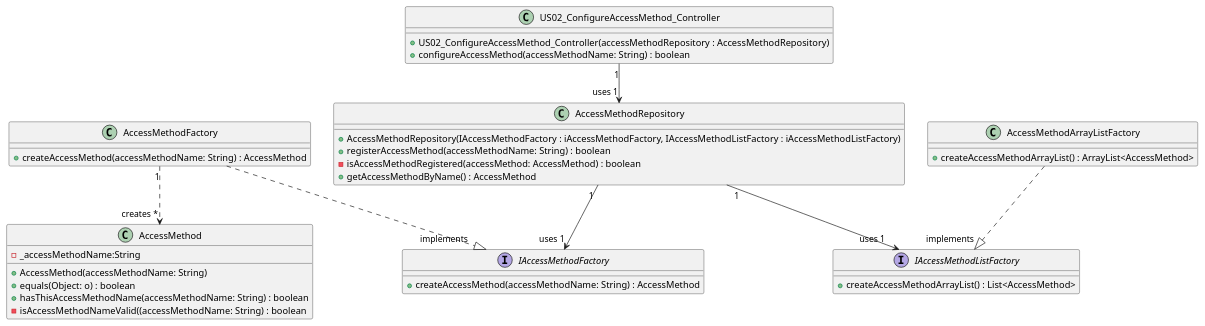
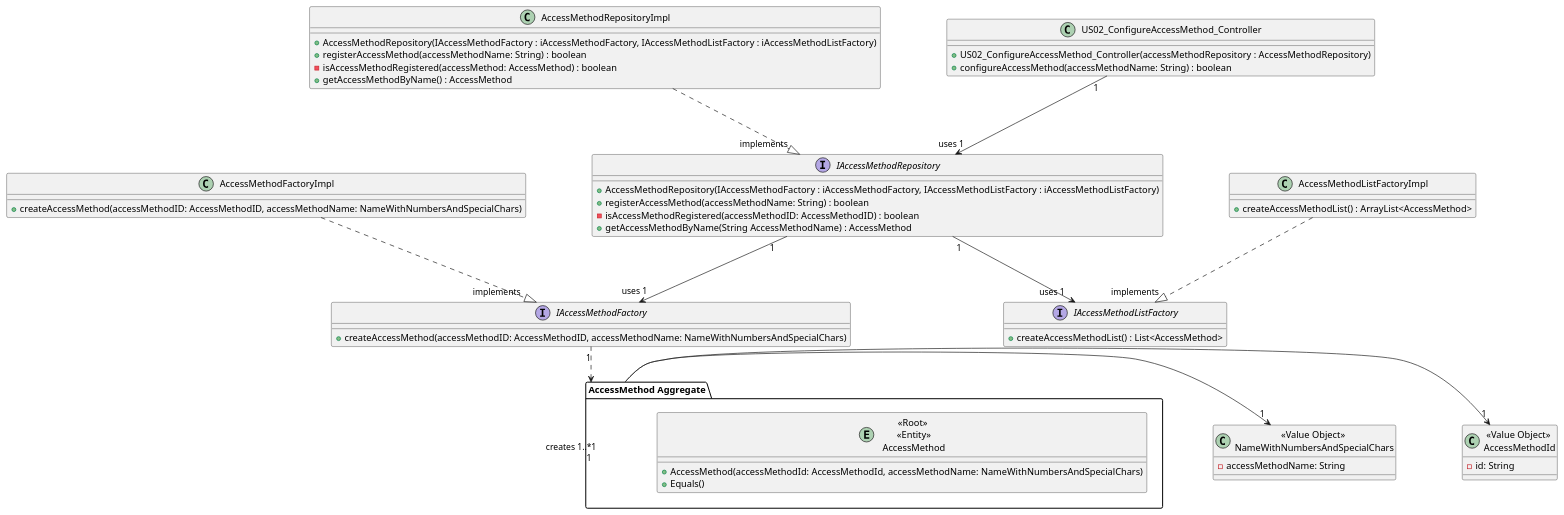
Before and after one commit to GasparISEP/DevOps-PAI: the diagram in docs/US02/US02_ConfigureAccessMethod_ClassDiagram.puml, drawn with PlantUML.

Commit message:
ci: Updated US02_ConfigureAccessMethod_ClassDiagram.puml with DDD Concepts. Refs #69

```diff
--- a/docs/US02/US02_ConfigureAccessMethod_ClassDiagram.puml
+++ b/docs/US02/US02_ConfigureAccessMethod_ClassDiagram.puml
@@ -1,59 +1,77 @@
 @startuml
 
-class AccessMethod
-interface IAccessMethodFactory
-class AccessMethodFactory
-interface IAccessMethodListFactory
-class AccessMethodArrayListFactory
-class AccessMethodRepository
-class US02_ConfigureAccessMethod_Controller
+skinparam ranksep 100
+skinparam nodesep 100
 
-class AccessMethod {
-    -_accessMethodName:String
-    +AccessMethod(accessMethodName: String)
-    +equals(Object: o) : boolean
-    +hasThisAccessMethodName(accessMethodName: String) : boolean
-    -isAccessMethodNameValid((accessMethodName: String) : boolean
+package "AccessMethod Aggregate" as AMAggregate{
+    entity "<<Root>>\n <<Entity>>\n AccessMethod"{
+    + AccessMethod(accessMethodId: AccessMethodId, accessMethodName: NameWithNumbersAndSpecialChars)
+    + Equals()
+    }
 }
 
-Interface IAccessMethodFactory {
-    +createAccessMethod(accessMethodName: String) : AccessMethod
+class "<<Value Object>>\n NameWithNumbersAndSpecialChars" as VOName{
+    - accessMethodName: String
 }
 
-class AccessMethodFactory {
-    +createAccessMethod(accessMethodName: String) : AccessMethod
+class "<<Value Object>>\n AccessMethodId" as VOId{
+    - id: String
+}
+
+'uses
+AMAggregate "1" -> "1" VOName
+AMAggregate "1" -> "1" VOId
+
+
+Interface IAccessMethodFactory {
+    +createAccessMethod(accessMethodID: AccessMethodID, accessMethodName: NameWithNumbersAndSpecialChars)
+}
+
+class AccessMethodFactoryImpl {
+     +createAccessMethod(accessMethodID: AccessMethodID, accessMethodName: NameWithNumbersAndSpecialChars)
 }
 'implements
-AccessMethodFactory ..|> "implements" IAccessMethodFactory
+AccessMethodFactoryImpl ..|> "implements"  IAccessMethodFactory
 
 
 Interface IAccessMethodListFactory {
- +createAccessMethodArrayList() : List<AccessMethod>
+ +createAccessMethodList() : List<AccessMethod>
 }
 
-class AccessMethodArrayListFactory {
-    +createAccessMethodArrayList() : ArrayList<AccessMethod>
+class AccessMethodListFactoryImpl {
+    +createAccessMethodList() : ArrayList<AccessMethod>
 }
 'implements
-AccessMethodArrayListFactory ..|> "implements" IAccessMethodListFactory
+AccessMethodListFactoryImpl ..|> "implements" IAccessMethodListFactory
 
-class AccessMethodRepository {
+
+Interface IAccessMethodRepository {
+    +AccessMethodRepository(IAccessMethodFactory : iAccessMethodFactory, IAccessMethodListFactory : iAccessMethodListFactory)
+    +registerAccessMethod(accessMethodName: String) : boolean
+    -isAccessMethodRegistered(accessMethodID: AccessMethodID) : boolean
+    +getAccessMethodByName(String AccessMethodName) : AccessMethod
+}
+
+class AccessMethodRepositoryImpl {
     +AccessMethodRepository(IAccessMethodFactory : iAccessMethodFactory, IAccessMethodListFactory : iAccessMethodListFactory)
     +registerAccessMethod(accessMethodName: String) : boolean
     -isAccessMethodRegistered(accessMethod: AccessMethod) : boolean
     +getAccessMethodByName() : AccessMethod
 }
+
+'implements
+AccessMethodRepositoryImpl ..|> "implements" IAccessMethodRepository
 'uses
-AccessMethodRepository "1 " --> "uses 1"IAccessMethodFactory
-AccessMethodRepository "1" --> "uses 1" IAccessMethodListFactory
+IAccessMethodRepository "1 " --> "uses 1"IAccessMethodFactory
+IAccessMethodRepository "1" --> "uses 1" IAccessMethodListFactory
 
 class US02_ConfigureAccessMethod_Controller {
     +US02_ConfigureAccessMethod_Controller(accessMethodRepository : AccessMethodRepository)
     +configureAccessMethod(accessMethodName: String) : boolean
 }
 'uses
-US02_ConfigureAccessMethod_Controller "1" --> "uses 1" AccessMethodRepository
+US02_ConfigureAccessMethod_Controller "1" --> "uses 1" IAccessMethodRepository
 
 'creates
-AccessMethodFactory "1" ..> " creates *" AccessMethod
+IAccessMethodFactory "1" ..> " creates 1..*" AMAggregate
 @enduml
```
